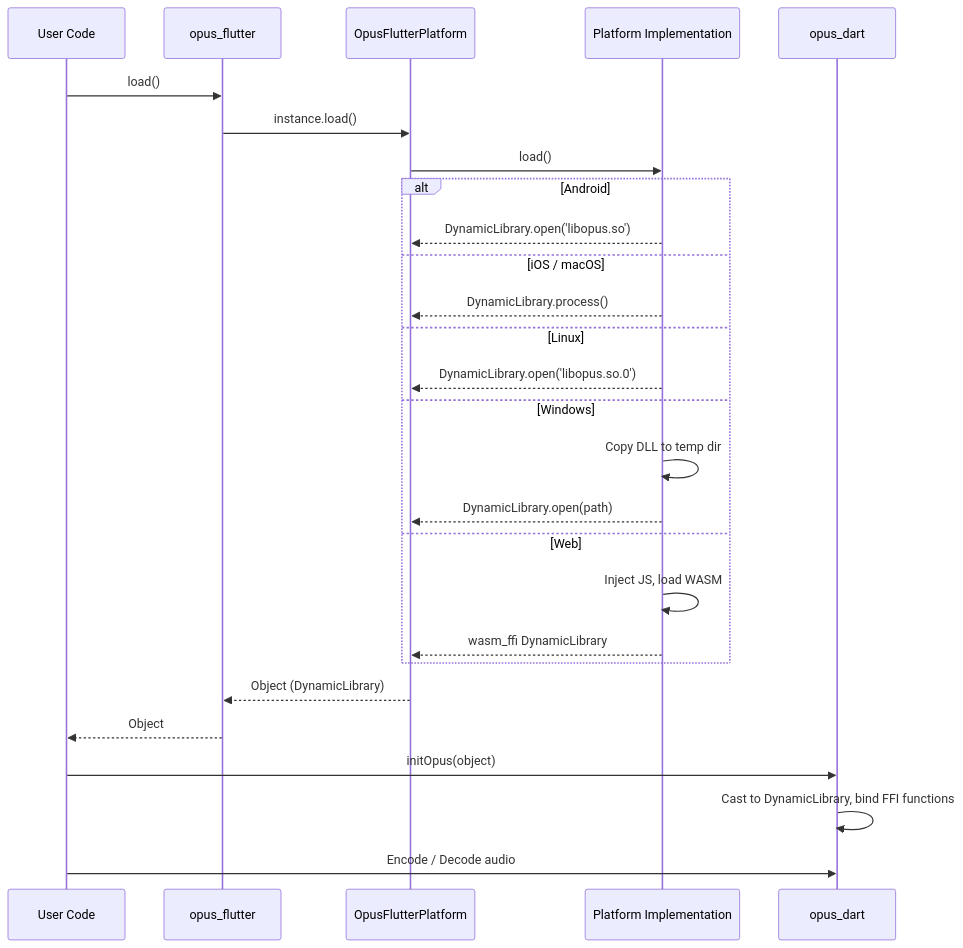
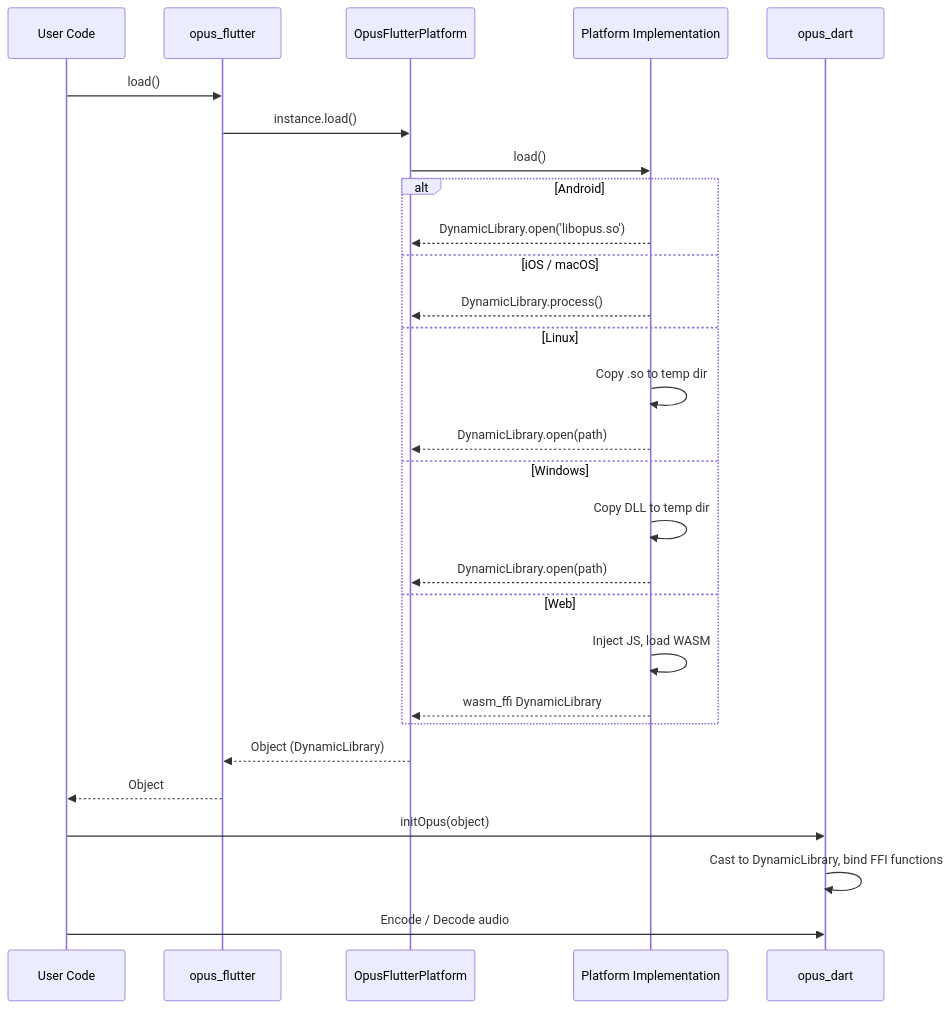
One commit to Corkscrews/opus_flutter changed the fourth of 4 diagrams in docs/architecture.md. Above: the diagram before and after it, drawn with Mermaid. The commit also changed other lines of this file and 10 other files, not shown here.

````diff
--- a/docs/architecture.md
+++ b/docs/architecture.md
@@ -250,32 +260,33 @@
 ```mermaid
 sequenceDiagram
     participant App as User Code
     participant OF as opus_flutter
     participant PI as OpusFlutterPlatform
     participant Impl as Platform Implementation
     participant OD as opus_dart
 
     App->>OF: load()
     OF->>PI: instance.load()
     PI->>Impl: load()
 
     alt Android
         Impl-->>PI: DynamicLibrary.open('libopus.so')
     else iOS / macOS
         Impl-->>PI: DynamicLibrary.process()
     else Linux
-        Impl-->>PI: DynamicLibrary.open('libopus.so.0')
+        Impl->>Impl: Copy .so to temp dir
+        Impl-->>PI: DynamicLibrary.open(path)
     else Windows
         Impl->>Impl: Copy DLL to temp dir
         Impl-->>PI: DynamicLibrary.open(path)
     else Web
         Impl->>Impl: Inject JS, load WASM
         Impl-->>PI: wasm_ffi DynamicLibrary
     end
 
     PI-->>OF: Object (DynamicLibrary)
     OF-->>App: Object
     App->>OD: initOpus(object)
     OD->>OD: Cast to DynamicLibrary, bind FFI functions
     App->>OD: Encode / Decode audio
 ```
````
